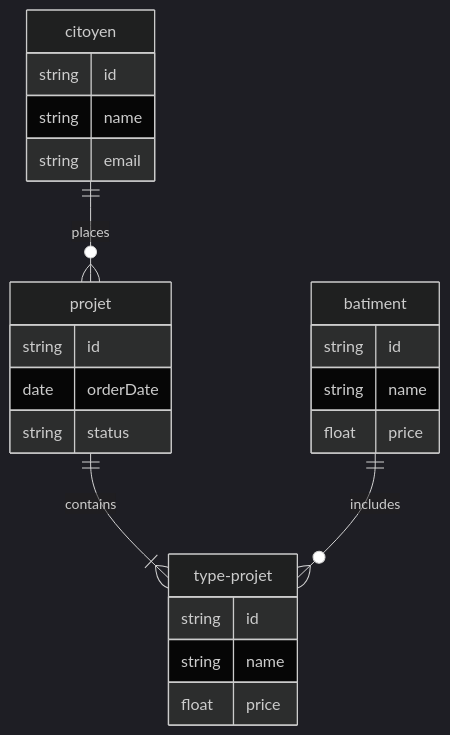
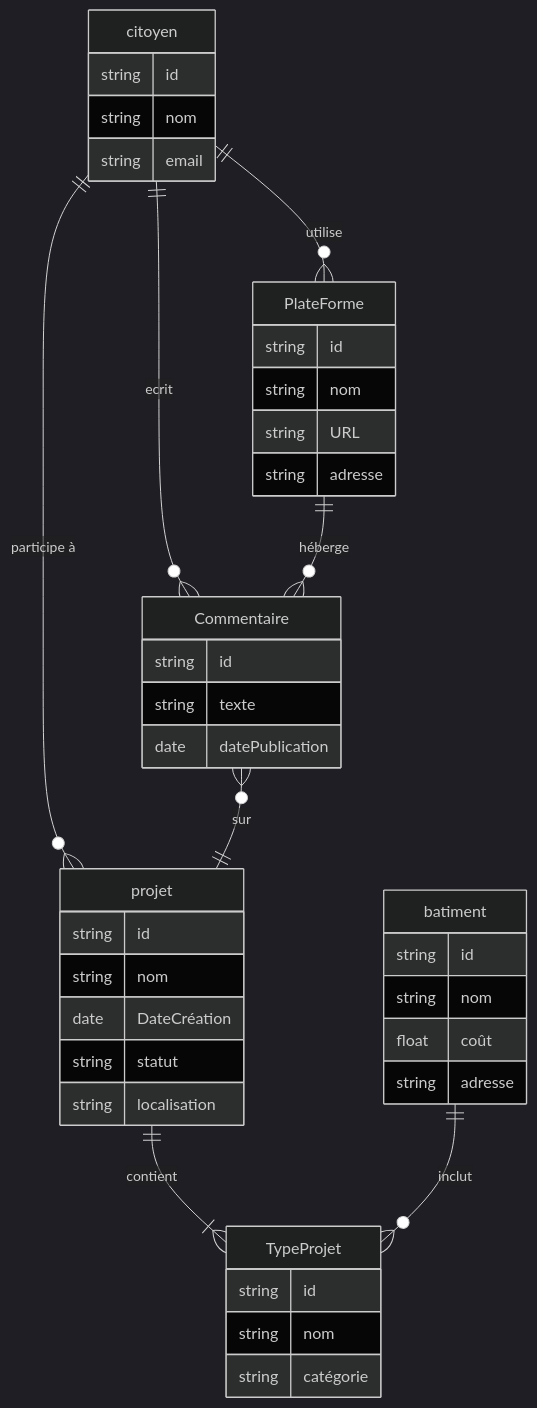
Before and after one commit to kahiarchi/plaine---saint--Denis---batiment-: the diagram in acteurskahiarchi1.md, drawn with Mermaid (dark theme).

````diff
--- a/acteurskahiarchi1.md
+++ b/acteurskahiarchi1.md
@@ -1,27 +1,46 @@
 ```mermaid
 erDiagram
-    citoyen ||--o{ projet : places
-    projet ||--|{ type-projet : contains
-    batiment ||--o{ type-projet : includes
-    citoyen {
+    citoyen ||--o{ projet : "participe à"
+    projet ||--|{ TypeProjet : contient
+    batiment ||--o{ TypeProjet : "inclut"
+    citoyen ||--o{ Commentaire : "ecrit"
+    Commentaire }o--|| projet : "sur"
+    PlateForme ||--o{ Commentaire : "héberge"
+    citoyen ||--o{ PlateForme : "utilise"
+
+ citoyen {
         string id
-        string name
+        string nom
         string email
     }
     projet {
         string id
-        date orderDate
-        string status
+        string nom
+        date DateCréation
+        string statut
+        string localisation
     }
+    TypeProjet {
+         string id
+        string nom
+        string catégorie
+        }
     batiment {
         string id
-        string name
-        float price
+        string nom
+        float coût
+        string adresse
     }
-    type-projet {
-         string id
-        string name
-        float price
-        }
+    PlateForme {
+        string id
+        string nom
+        string URL
+        string adresse
+    }
+  Commentaire {
+        string id
+        string texte
+        date datePublication
+    }
         
 ```
````
